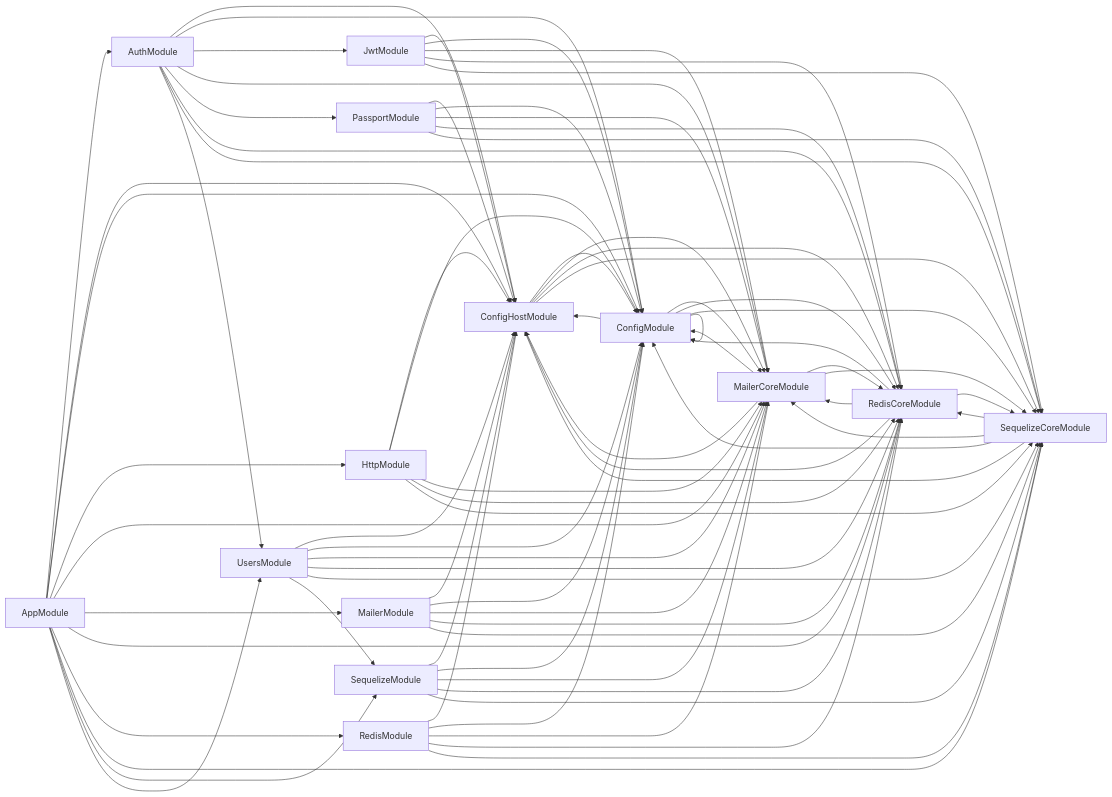
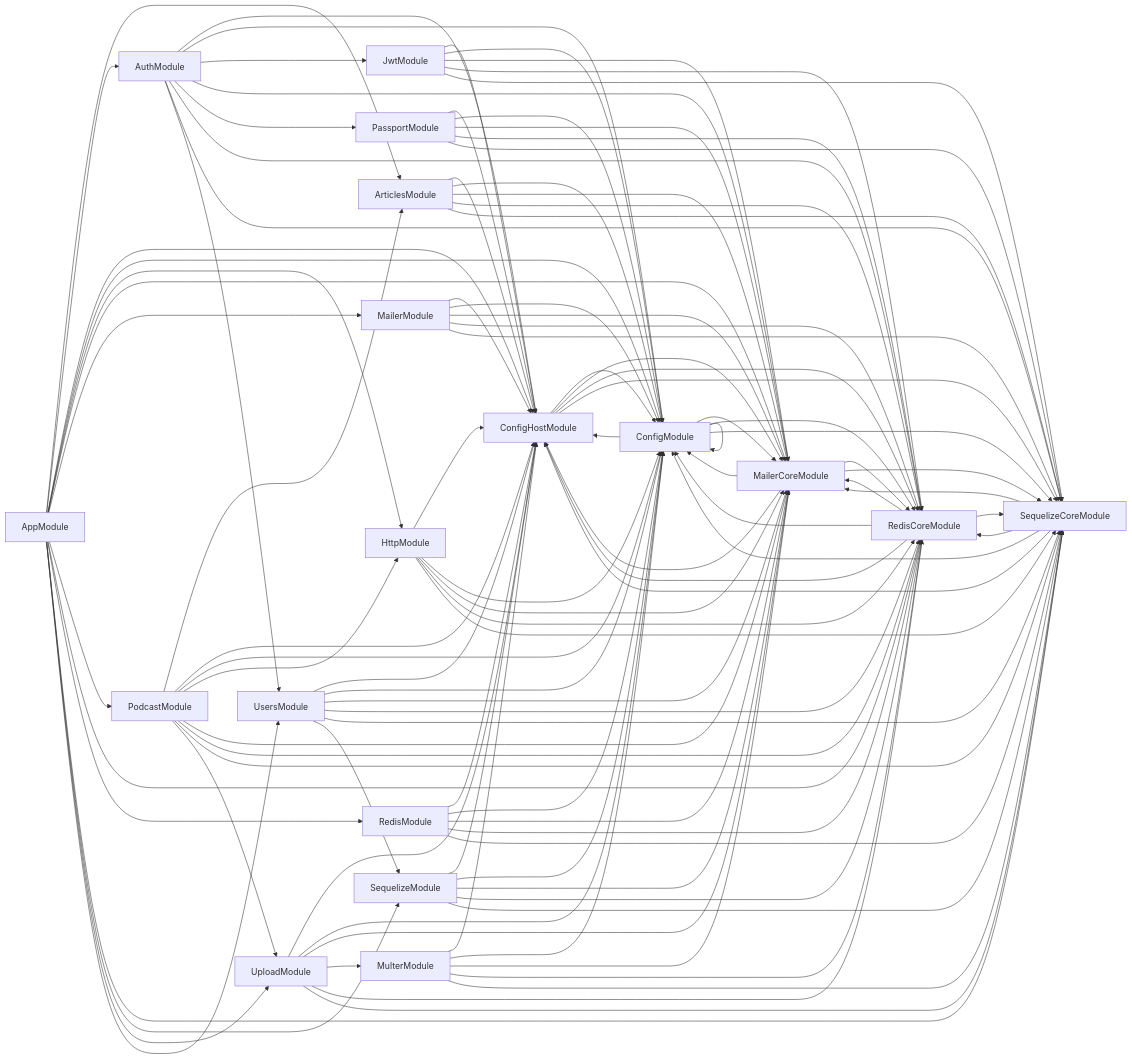
The diagram in backend/deps.mermaid (ntkwan/newsify), drawn with Mermaid before and after one commit. The commit also changed 12 other files, not shown here.

```diff
--- a/backend/deps.mermaid
+++ b/backend/deps.mermaid
@@ -1,77 +1,104 @@
 graph LR
-    AppModule-->AuthModule
+    AppModule-->ArticlesModule
+  AppModule-->AuthModule
   AppModule-->ConfigHostModule
   AppModule-->ConfigModule
   AppModule-->HttpModule
   AppModule-->MailerCoreModule
   AppModule-->MailerModule
+  AppModule-->PodcastModule
   AppModule-->RedisCoreModule
   AppModule-->RedisModule
   AppModule-->SequelizeCoreModule
   AppModule-->SequelizeModule
+  AppModule-->UploadModule
   AppModule-->UsersModule
+  ArticlesModule-->ConfigHostModule
+  ArticlesModule-->ConfigModule
+  ArticlesModule-->MailerCoreModule
+  ArticlesModule-->RedisCoreModule
+  ArticlesModule-->SequelizeCoreModule
   AuthModule-->ConfigHostModule
   AuthModule-->ConfigModule
   AuthModule-->JwtModule
   AuthModule-->MailerCoreModule
   AuthModule-->PassportModule
   AuthModule-->RedisCoreModule
   AuthModule-->SequelizeCoreModule
   AuthModule-->UsersModule
   ConfigHostModule-->ConfigModule
   ConfigHostModule-->MailerCoreModule
   ConfigHostModule-->RedisCoreModule
   ConfigHostModule-->SequelizeCoreModule
   ConfigModule-->ConfigHostModule
   ConfigModule-->ConfigModule
   ConfigModule-->MailerCoreModule
   ConfigModule-->RedisCoreModule
   ConfigModule-->SequelizeCoreModule
   HttpModule-->ConfigHostModule
   HttpModule-->ConfigModule
   HttpModule-->MailerCoreModule
   HttpModule-->RedisCoreModule
   HttpModule-->SequelizeCoreModule
   JwtModule-->ConfigHostModule
   JwtModule-->ConfigModule
   JwtModule-->MailerCoreModule
   JwtModule-->RedisCoreModule
   JwtModule-->SequelizeCoreModule
   MailerCoreModule-->ConfigHostModule
   MailerCoreModule-->ConfigModule
   MailerCoreModule-->RedisCoreModule
   MailerCoreModule-->SequelizeCoreModule
   MailerModule-->ConfigHostModule
   MailerModule-->ConfigModule
   MailerModule-->MailerCoreModule
   MailerModule-->RedisCoreModule
   MailerModule-->SequelizeCoreModule
+  MulterModule-->ConfigHostModule
+  MulterModule-->ConfigModule
+  MulterModule-->MailerCoreModule
+  MulterModule-->RedisCoreModule
+  MulterModule-->SequelizeCoreModule
   PassportModule-->ConfigHostModule
   PassportModule-->ConfigModule
   PassportModule-->MailerCoreModule
   PassportModule-->RedisCoreModule
   PassportModule-->SequelizeCoreModule
+  PodcastModule-->ArticlesModule
+  PodcastModule-->ConfigHostModule
+  PodcastModule-->ConfigModule
+  PodcastModule-->HttpModule
+  PodcastModule-->MailerCoreModule
+  PodcastModule-->RedisCoreModule
+  PodcastModule-->SequelizeCoreModule
+  PodcastModule-->UploadModule
   RedisCoreModule-->ConfigHostModule
   RedisCoreModule-->ConfigModule
   RedisCoreModule-->MailerCoreModule
   RedisCoreModule-->SequelizeCoreModule
   RedisModule-->ConfigHostModule
   RedisModule-->ConfigModule
   RedisModule-->MailerCoreModule
   RedisModule-->RedisCoreModule
   RedisModule-->SequelizeCoreModule
   SequelizeCoreModule-->ConfigHostModule
   SequelizeCoreModule-->ConfigModule
   SequelizeCoreModule-->MailerCoreModule
   SequelizeCoreModule-->RedisCoreModule
   SequelizeModule-->ConfigHostModule
   SequelizeModule-->ConfigModule
   SequelizeModule-->MailerCoreModule
   SequelizeModule-->RedisCoreModule
   SequelizeModule-->SequelizeCoreModule
+  UploadModule-->ConfigHostModule
+  UploadModule-->ConfigModule
+  UploadModule-->MailerCoreModule
+  UploadModule-->MulterModule
+  UploadModule-->RedisCoreModule
+  UploadModule-->SequelizeCoreModule
   UsersModule-->ConfigHostModule
   UsersModule-->ConfigModule
   UsersModule-->MailerCoreModule
   UsersModule-->RedisCoreModule
   UsersModule-->SequelizeCoreModule
   UsersModule-->SequelizeModule
```
